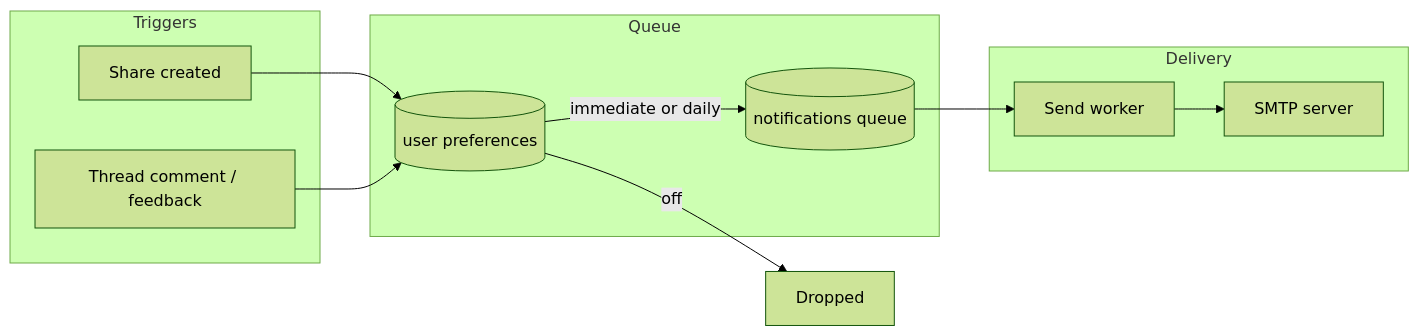
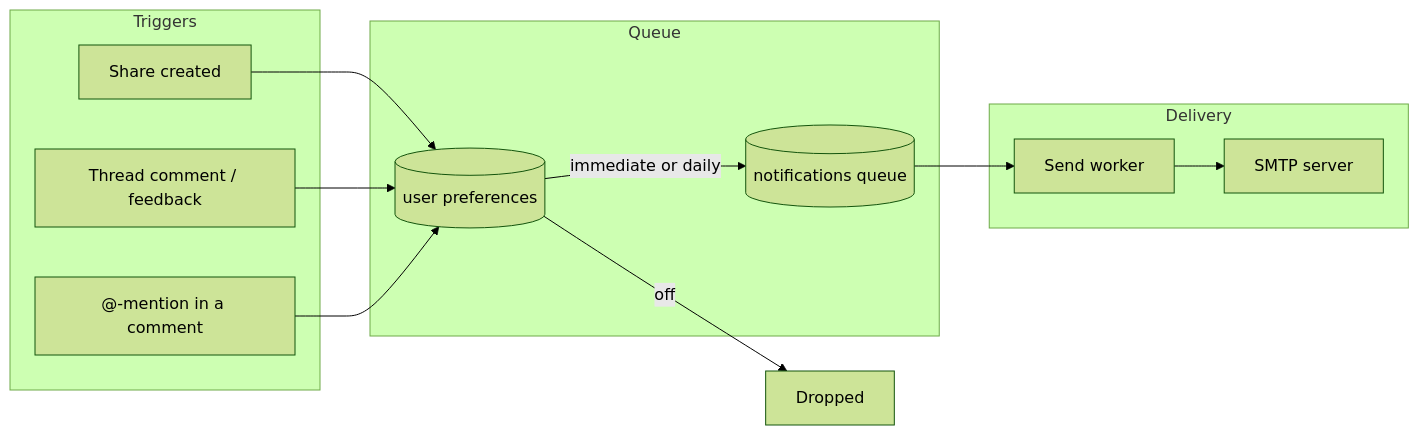
The diagram in docs/server/notifications.md (txn2/mcp-data-platform), drawn with Mermaid (forest theme) before and after one commit. The commit also changed other lines of this file and 75 other files, not shown here.

````diff
--- a/docs/server/notifications.md
+++ b/docs/server/notifications.md
@@ -14,20 +19,22 @@
 ```mermaid
 graph LR
     subgraph Triggers
         Share[Share created]
         Comment[Thread comment / feedback]
+        Mention["@-mention in a comment"]
     end
     subgraph Queue
         Prefs[(user preferences)]
         Rows[(notifications queue)]
     end
     subgraph Delivery
         Worker[Send worker]
         SMTP[SMTP server]
     end
     Share --> Prefs
     Comment --> Prefs
+    Mention --> Prefs
     Prefs -->|off| Drop[Dropped]
     Prefs -->|immediate or daily| Rows
     Rows --> Worker --> SMTP
 ```
````
